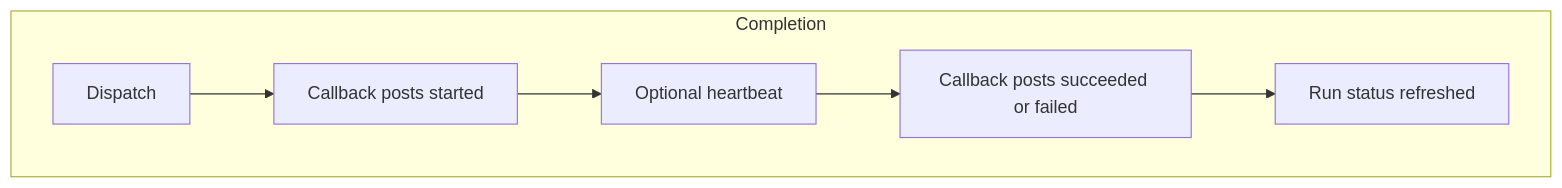
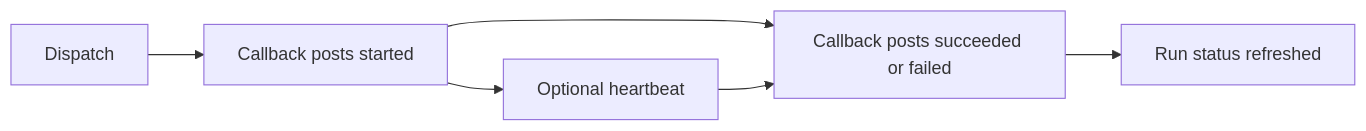
The fifth of 6 diagrams in README.md (edkuperman/chronosched), drawn with Mermaid before and after one commit. The commit also changed other lines of this file, not shown here.

````diff
--- a/README.md
+++ b/README.md
@@ -262,10 +268,8 @@
 ```mermaid
 flowchart LR
-    subgraph Phase3 [Completion]
-        direction LR
-        Dispatch --> Started[Callback posts started]
-        Started --> Heartbeat[Optional heartbeat]
-        Heartbeat --> Done[Callback posts succeeded or failed]
-        Done --> Refresh[Run status refreshed]
-    end
+    Dispatch --> Started[Callback posts started]
+    Started --> Done[Callback posts succeeded or failed]
+    Started --> Heartbeat[Optional heartbeat]
+    Heartbeat --> Done
+    Done --> Refresh[Run status refreshed]
 ```
````
